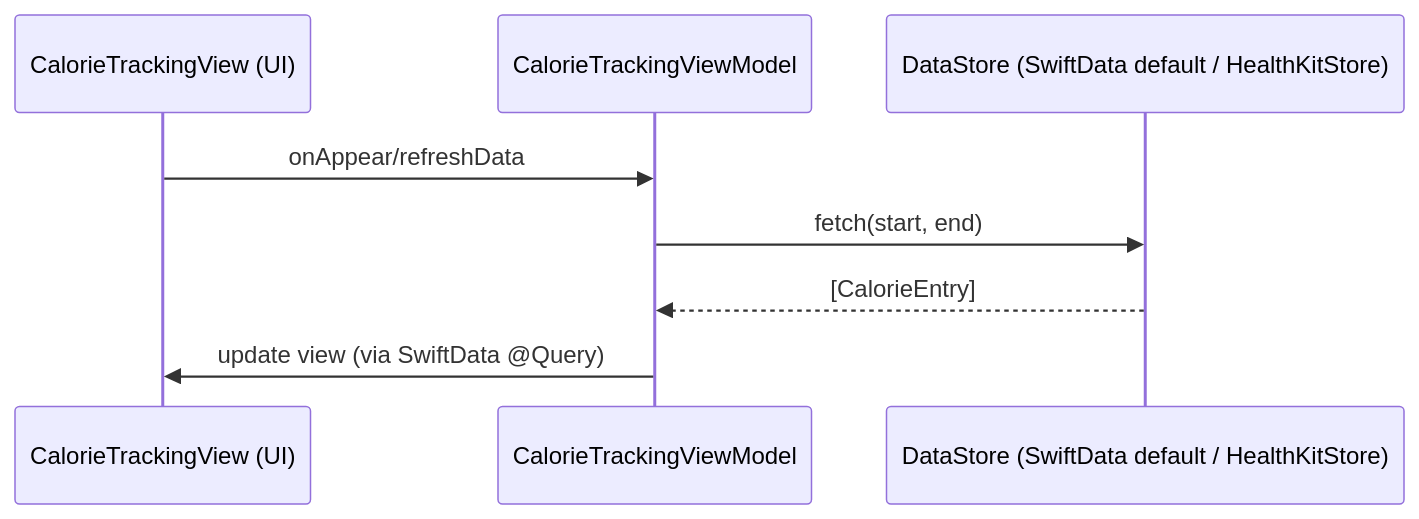
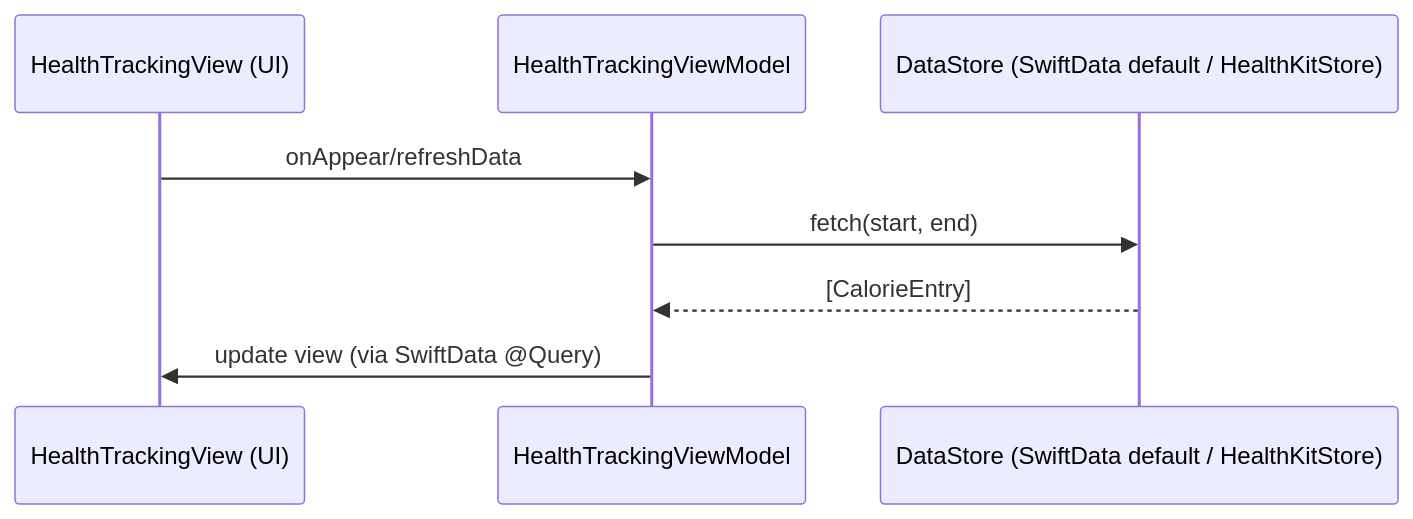
Before and after one commit to mohdfareed/health-bank: the second of 2 diagrams in Documentation/DesignDoc.md, drawn with Mermaid. The commit also changed 30 other files, not shown here.

````diff
--- a/Documentation/DesignDoc.md
+++ b/Documentation/DesignDoc.md
@@ -90,11 +90,11 @@
 ```mermaid
 sequenceDiagram
-    participant UI as CalorieTrackingView (UI)
-    participant VM as CalorieTrackingViewModel
+    participant UI as HealthTrackingView (UI)
+    participant VM as HealthTrackingViewModel
     participant DS as DataStore (SwiftData default / HealthKitStore)
 
     UI->>VM: onAppear/refreshData
     VM->>DS: fetch(start, end)
     DS-->>VM: [CalorieEntry]
     VM->>UI: update view (via SwiftData @Query)
 ```
````
